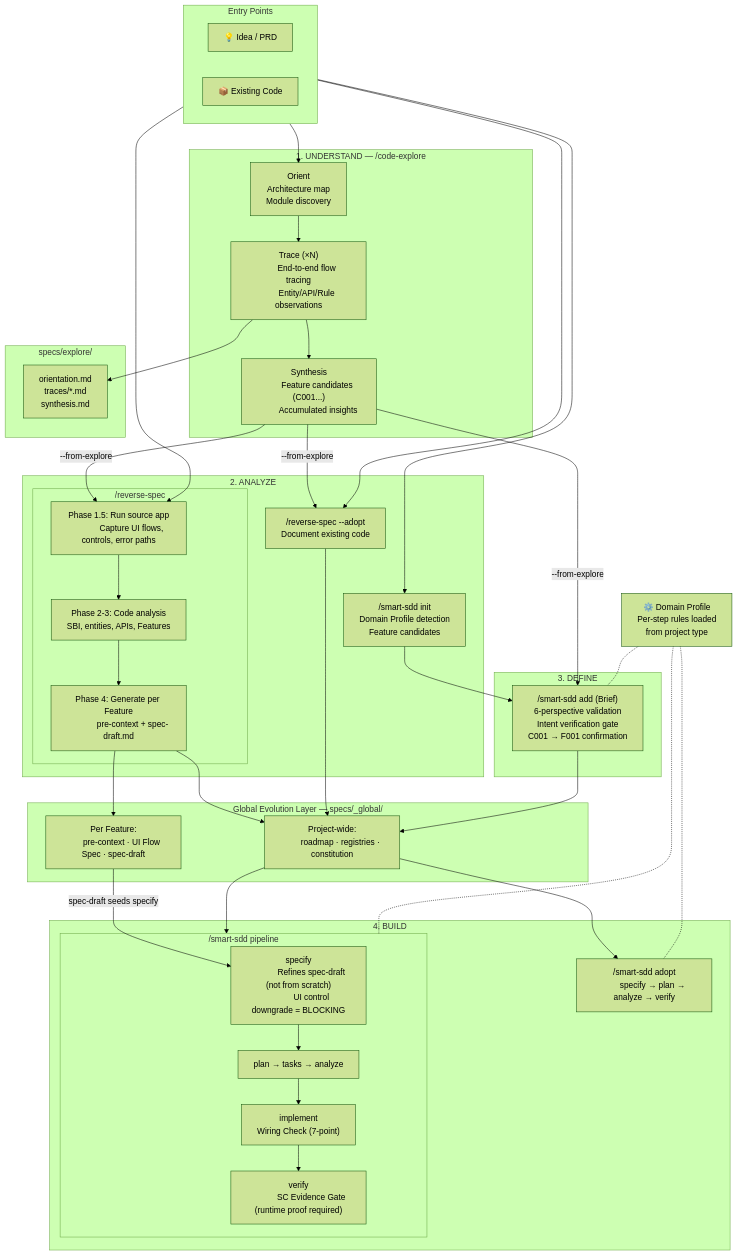
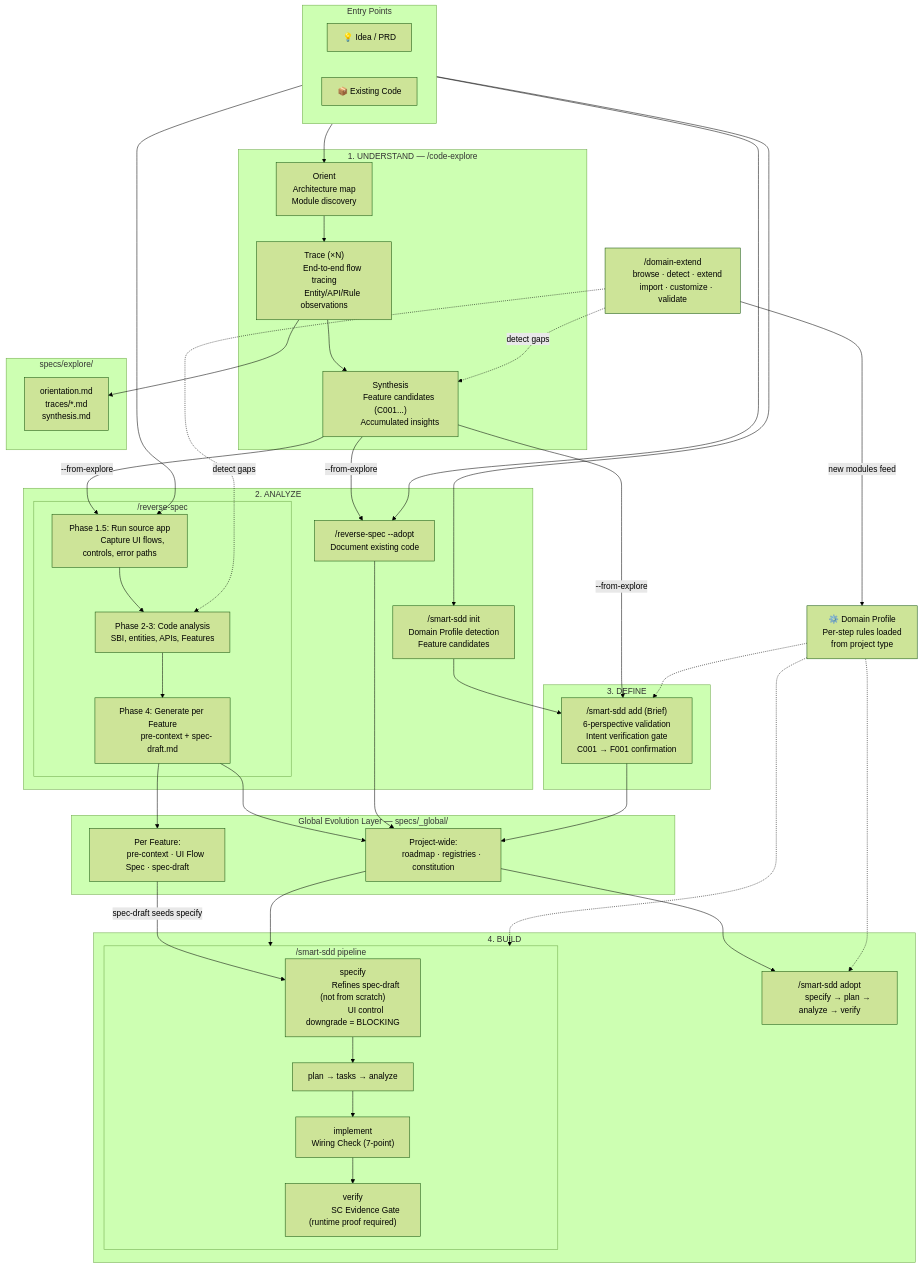
Before and after one commit to coolhero/spec-kit-skills: the first of 2 diagrams in README.md, drawn with Mermaid (forest theme). The commit also changed other lines of this file and 76 other files, not shown here.

First line of the commit message:
v0.2.0: Add domain-extend skill, unify Scenario→Context, context optimization

````diff
--- a/README.md
+++ b/README.md
@@ -349,6 +370,10 @@
     Per-step rules loaded
     from project type"]
 
+    DE["/domain-extend
+    browse · detect · extend
+    import · customize · validate"]
+
     CODE --> CE_ORIENT
     CE_TRACE --> EO
     IDEA --> INIT
@@ -367,7 +392,10 @@
     GEL_FEAT -- "spec-draft seeds specify" --> SPECIFY
     GEL_PROJ --> pipeline_detail
     GEL_PROJ --> ADOPT_P
-    DP -.- pipeline_detail
-    DP -.- ADOPT_P
-    DP -.- ADD
+    DP -.-> pipeline_detail
+    DP -.-> ADOPT_P
+    DP -.-> ADD
+    DE -.->|detect gaps| CE_SYNTH
+    DE -.->|detect gaps| RS_CODE
+    DE -->|new modules feed| DP
 ```
````
